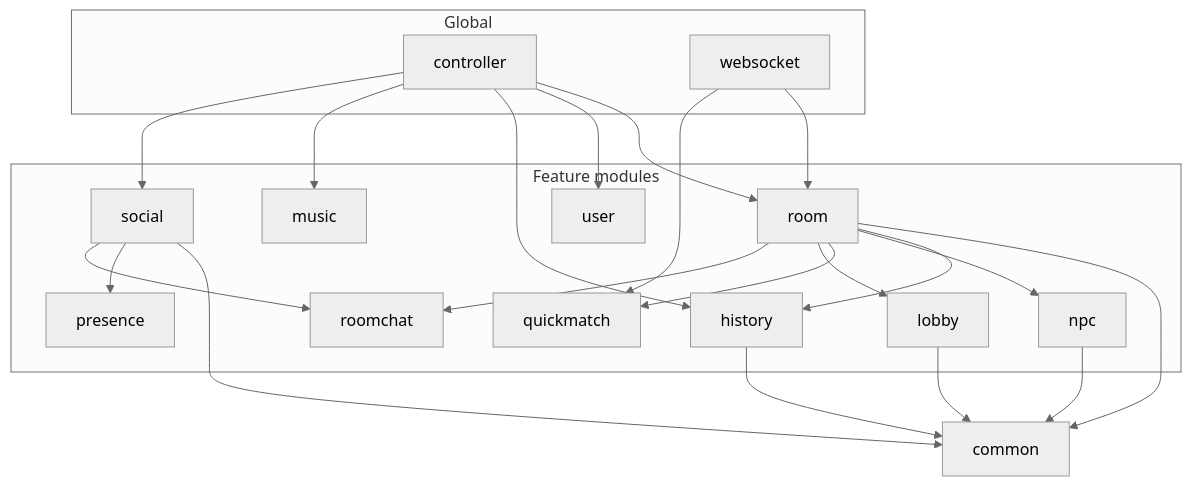
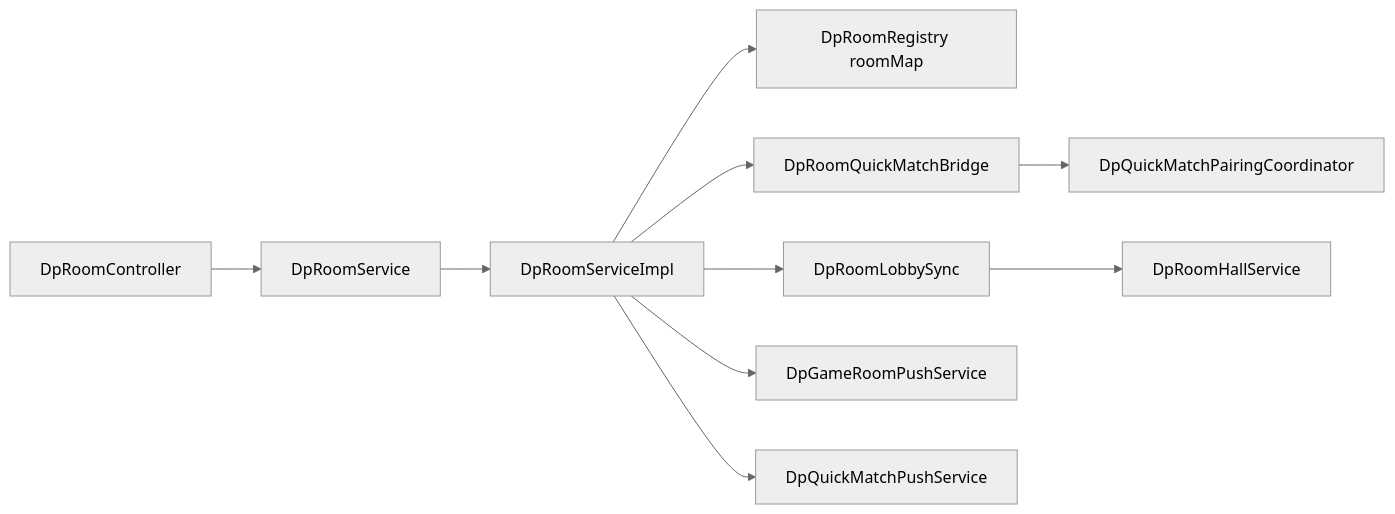
The diagram in docs/readme-scan/ARCHITECTURE.md (lzx391/pokerGame), drawn with Mermaid (neutral theme) before and after one commit. The commit also changed other lines of this file and 10 other files, not shown here.

````diff
--- a/docs/readme-scan/ARCHITECTURE.md
+++ b/docs/readme-scan/ARCHITECTURE.md
@@ -120,27 +102,18 @@
 ```mermaid
-flowchart TB
-  subgraph global [Global]
-    C[controller]
-    WS[websocket]
-  end
-  subgraph modules [Feature modules]
-    R[room]
-    QM[quickmatch]
-    L[lobby]
-    H[history]
-    N[npc]
-    S[social]
-    P[presence]
-    RC[roomchat]
-    U[user]
-    M[music]
-  end
-  CM[common]
-  C --> R & U & H & M & S
-  WS --> R & QM
-  R --> CM & H & N & QM & L & RC
-  S --> CM & P & RC
-  L --> CM
-  H --> CM
-  N --> CM
+flowchart LR
+  DC[DpRoomController]
+  S[DpRoomService]
+  I[DpRoomServiceImpl]
+  R[DpRoomRegistry roomMap]
+  B[DpRoomQuickMatchBridge]
+  C[DpQuickMatchPairingCoordinator]
+  L[DpRoomLobbySync]
+  H[DpRoomHallService]
+  WS1[DpGameRoomPushService]
+  WS2[DpQuickMatchPushService]
+  DC --> S --> I
+  I --> R & B & L
+  B --> C
+  L --> H
+  I --> WS1 & WS2
 ```
````
